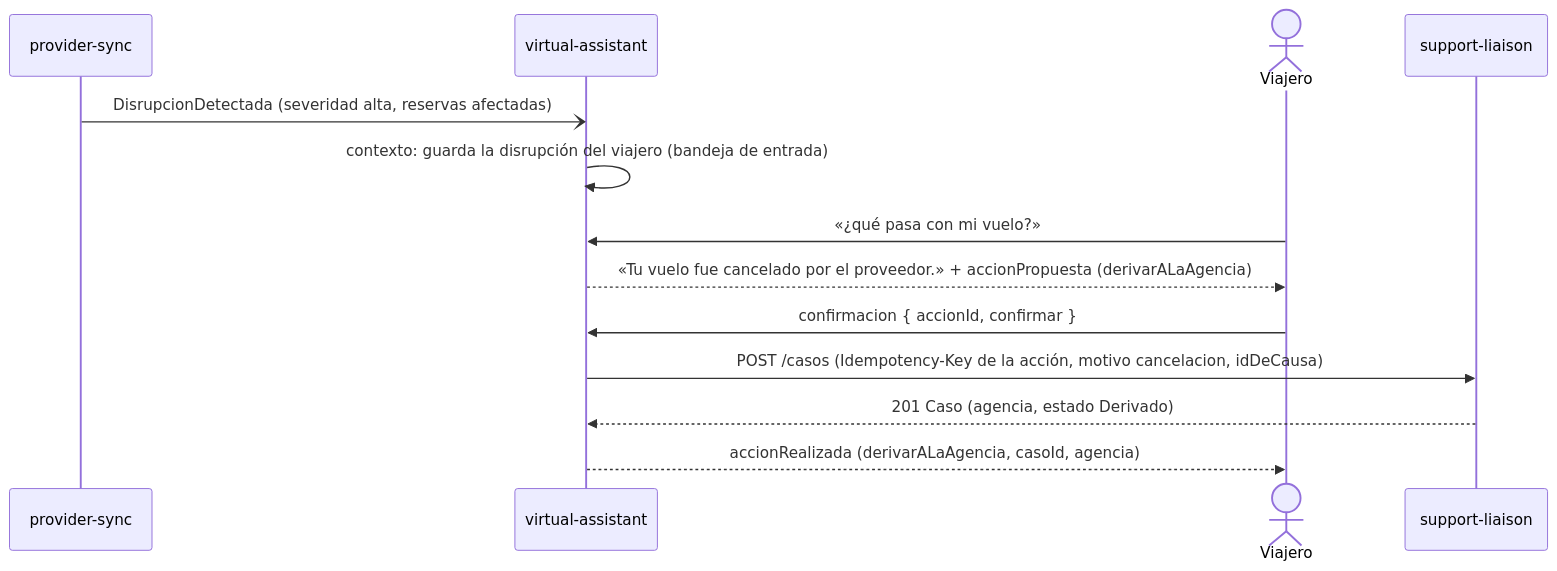
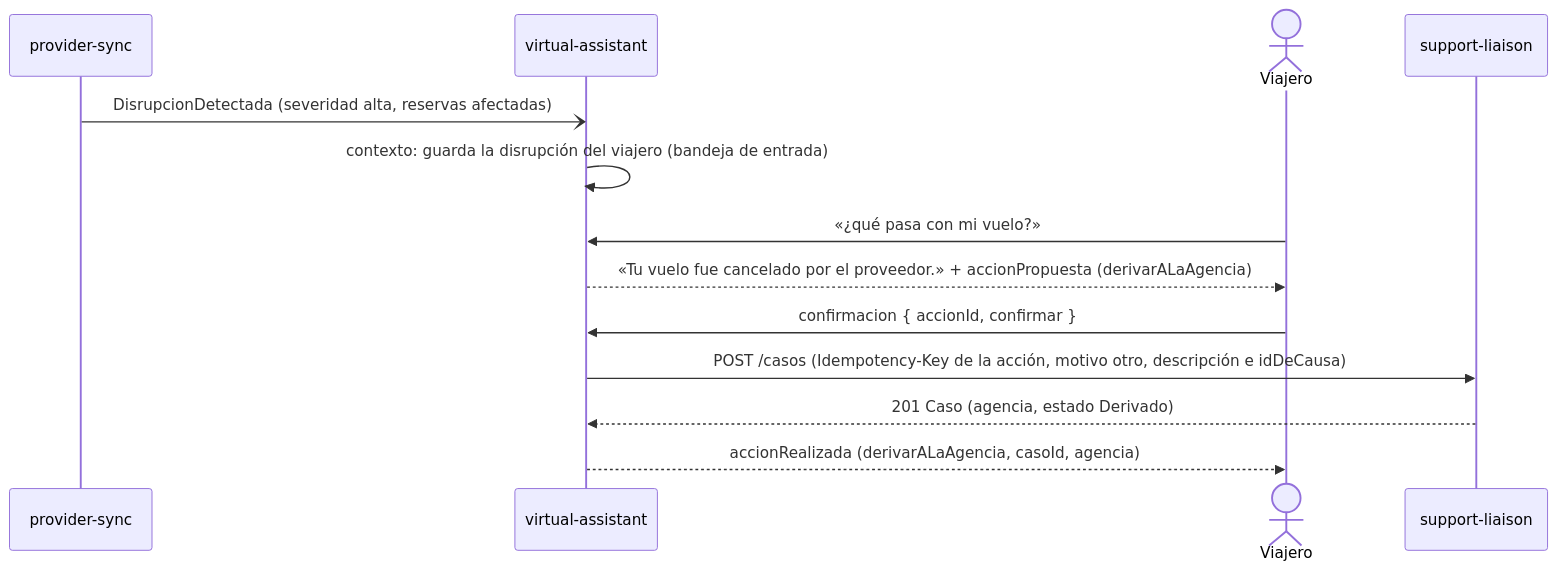
One commit to JereAguilar1/TPE-ing1 changed the fourth of 4 diagrams in docs/02-proceso-add/iteracion-5/README.md. Above: the diagram before and after it, drawn with Mermaid. The commit also changed other lines of this file and 13 other files, not shown here.

````diff
--- a/docs/02-proceso-add/iteracion-5/README.md
+++ b/docs/02-proceso-add/iteracion-5/README.md
@@ -225,15 +241,15 @@
 ```mermaid
 sequenceDiagram
     participant P as provider-sync
     participant A as virtual-assistant
     actor V as Viajero
     participant S as support-liaison
     P-)A: DisrupcionDetectada (severidad alta, reservas afectadas)
     A->>A: contexto: guarda la disrupción del viajero (bandeja de entrada)
     V->>A: «¿qué pasa con mi vuelo?»
     A-->>V: «Tu vuelo fue cancelado por el proveedor.» + accionPropuesta (derivarALaAgencia)
     V->>A: confirmacion { accionId, confirmar }
-    A->>S: POST /casos (Idempotency-Key de la acción, motivo cancelacion, idDeCausa)
+    A->>S: POST /casos (Idempotency-Key de la acción, motivo otro, descripción e idDeCausa)
     S-->>A: 201 Caso (agencia, estado Derivado)
     A-->>V: accionRealizada (derivarALaAgencia, casoId, agencia)
 ```
````
